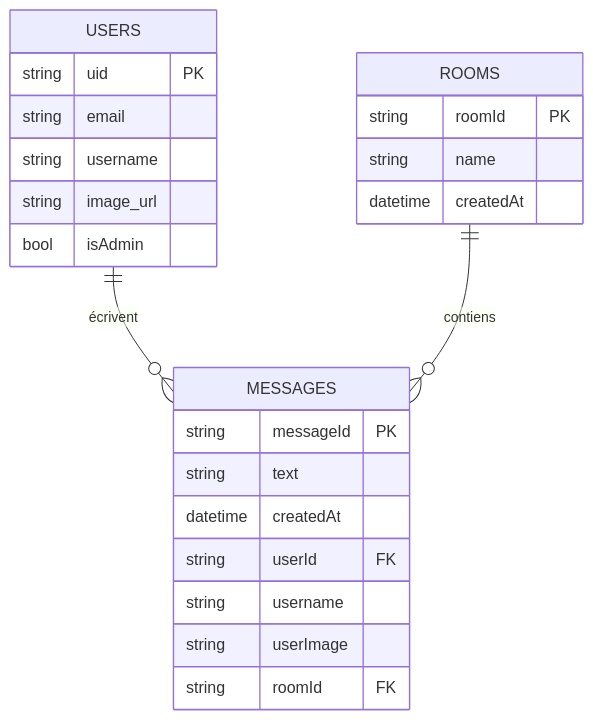
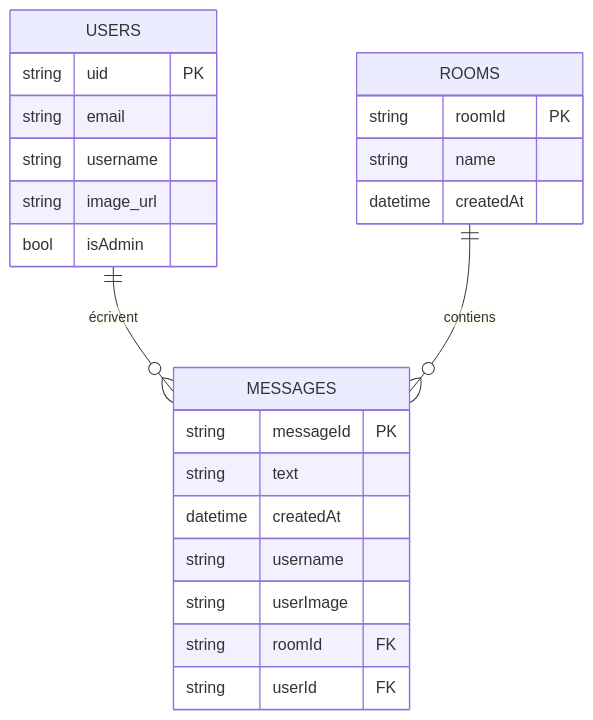
The diagram in README.md (ossydreos/classroom), drawn with Mermaid before and after one commit. The commit also changed other lines of this file, not shown here.

````diff
--- a/README.md
+++ b/README.md
@@ -55,29 +55,29 @@
 ```mermaid
 erDiagram
   USERS {
     string uid PK
     string email
     string username
     string image_url
     bool   isAdmin
   }
 
   ROOMS {
     string roomId PK
     string name
     datetime createdAt
   }
 
   MESSAGES {
     string messageId PK
     string text
     datetime createdAt
-    string userId FK
     string username
     string userImage
     string roomId FK
+    string userId FK
   }
 
   USERS  ||--o{ MESSAGES : écrivent
   ROOMS  ||--o{ MESSAGES : contiens
 ```
````
